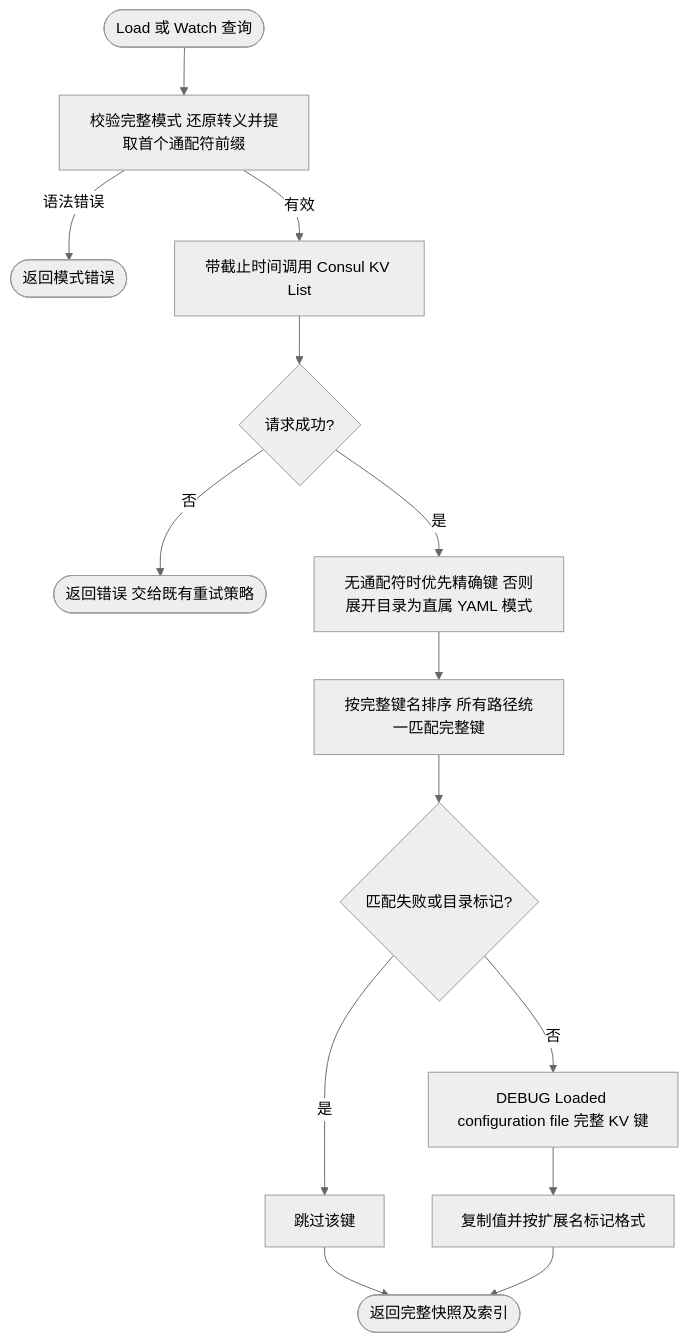
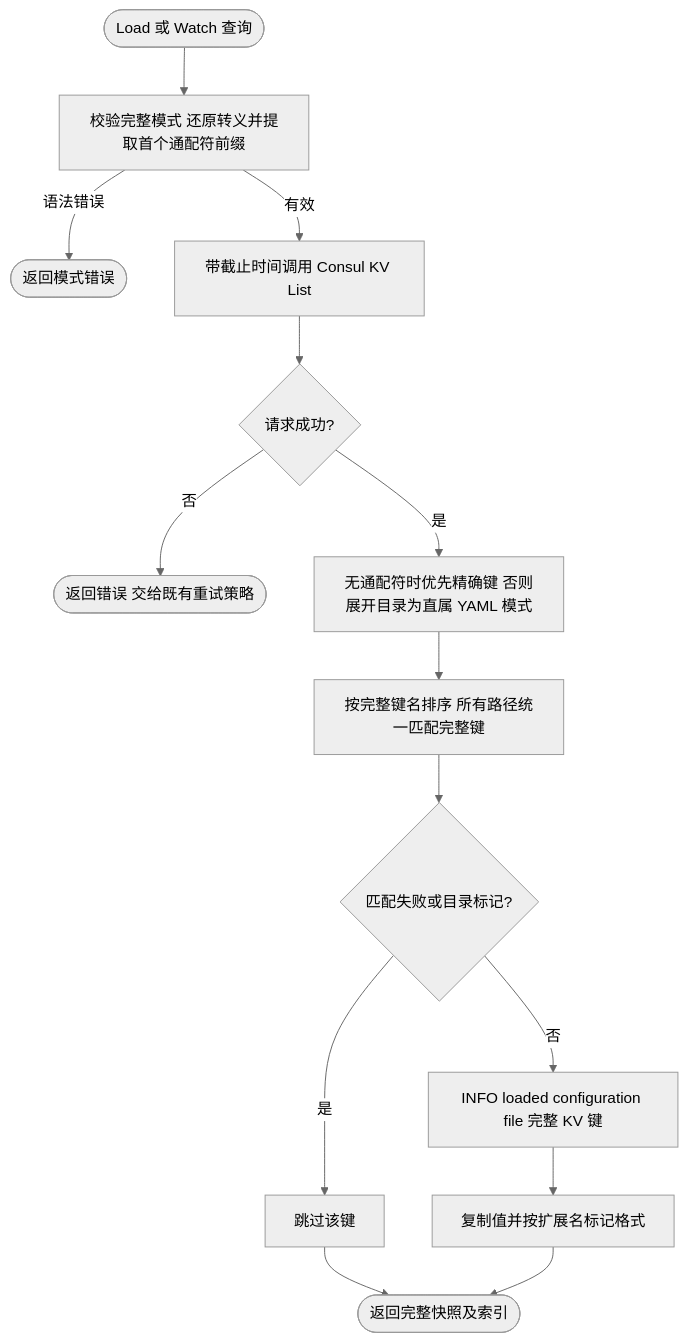
The second of 2 diagrams in contrib/config/consul/README.md (jaggerzhuang1994/kratos-foundation), drawn with Mermaid (neutral theme) before and after one commit. The commit also changed other lines of this file and 59 other files, not shown here.

````diff
--- a/contrib/config/consul/README.md
+++ b/contrib/config/consul/README.md
@@ -97,16 +97,16 @@
 ```mermaid
 flowchart TD
     A([Load 或 Watch 查询]) --> P[校验完整模式 还原转义并提取首个通配符前缀]
     P -- 语法错误 --> D0([返回模式错误])
     P -- 有效 --> B[带截止时间调用 Consul KV List]
     B --> C{请求成功?}
     C -- 否 --> D([返回错误 交给既有重试策略])
     C -- 是 --> R[无通配符时优先精确键 否则展开目录为直属 YAML 模式]
     R --> E[按完整键名排序 所有路径统一匹配完整键]
     E --> D2{匹配失败或目录标记?}
     D2 -- 是 --> S[跳过该键]
-    D2 -- 否 --> DL[DEBUG Loaded configuration file 完整 KV 键]
+    D2 -- 否 --> DL[INFO loaded configuration file 完整 KV 键]
     DL --> F[复制值并按扩展名标记格式]
     S --> G
     F --> G([返回完整快照及索引])
 ```
````
